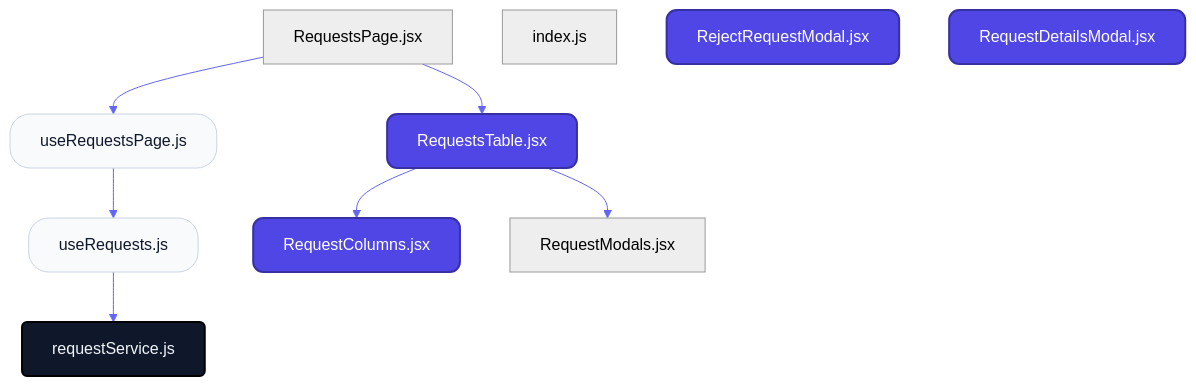
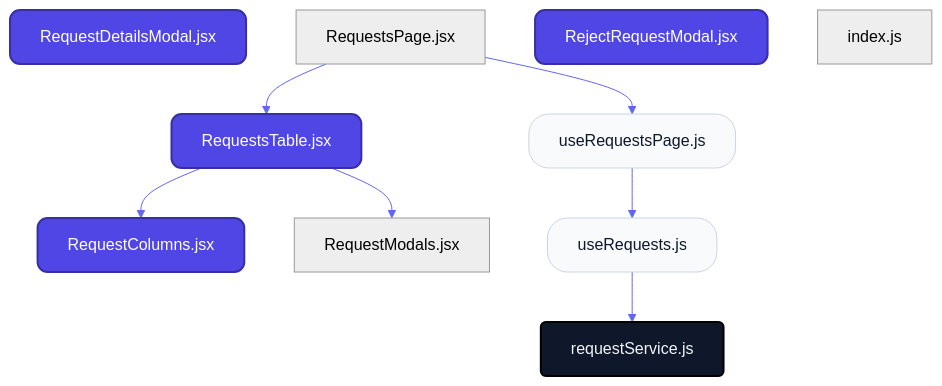
The first of 2 diagrams in src/features/requests/README.md (nexowebai/nexo-superadmin), drawn with Mermaid before and after one commit. The commit also changed other lines of this file and 18 other files, not shown here.

````diff
--- a/src/features/requests/README.md
+++ b/src/features/requests/README.md
@@ -12,24 +11,24 @@
 ```mermaid
 %%{init: {'theme': 'neutral', 'themeVariables': { 'fontFamily': 'Inter', 'lineColor': '#6366f1' }}}%%
 graph TD
     classDef page fill:#4f46e5,stroke:#3730a3,stroke-width:2px,color:#fff,rx:10,ry:10;
     classDef hook fill:#f8fafc,stroke:#cbd5e1,stroke-width:1px,color:#0f172a,rx:20,ry:20;
     classDef service fill:#0f172a,stroke:#000,stroke-width:2px,color:#f1f5f9,rx:5,ry:5;
 
+    RequestColumnsjsx["RequestColumns.jsx"]:::page
+    useRequestsPagejs["useRequestsPage.js"]:::hook
+    RequestsTablejsx["RequestsTable.jsx"]:::page
+    RequestDetailsModaljsx["RequestDetailsModal.jsx"]:::page
     RequestsPagejsx["RequestsPage.jsx"]
+    RejectRequestModaljsx["RejectRequestModal.jsx"]:::page
+    useRequestsjs["useRequests.js"]:::hook
+    requestServicejs["requestService.js"]:::service
     indexjs["index.js"]
-    useRequestsjs["useRequests.js"]:::hook
-    useRequestsPagejs["useRequestsPage.js"]:::hook
-    requestServicejs["requestService.js"]:::service
-    RejectRequestModaljsx["RejectRequestModal.jsx"]:::page
-    RequestColumnsjsx["RequestColumns.jsx"]:::page
-    RequestDetailsModaljsx["RequestDetailsModal.jsx"]:::page
     RequestModalsjsx["RequestModals.jsx"]
-    RequestsTablejsx["RequestsTable.jsx"]:::page
+    useRequestsPagejs --> useRequestsjs
+    RequestsTablejsx --> RequestColumnsjsx
+    RequestsTablejsx --> RequestModalsjsx
     RequestsPagejsx --> RequestsTablejsx
     RequestsPagejsx --> useRequestsPagejs
     useRequestsjs --> requestServicejs
-    useRequestsPagejs --> useRequestsjs
-    RequestsTablejsx --> RequestColumnsjsx
-    RequestsTablejsx --> RequestModalsjsx
 ```
````
